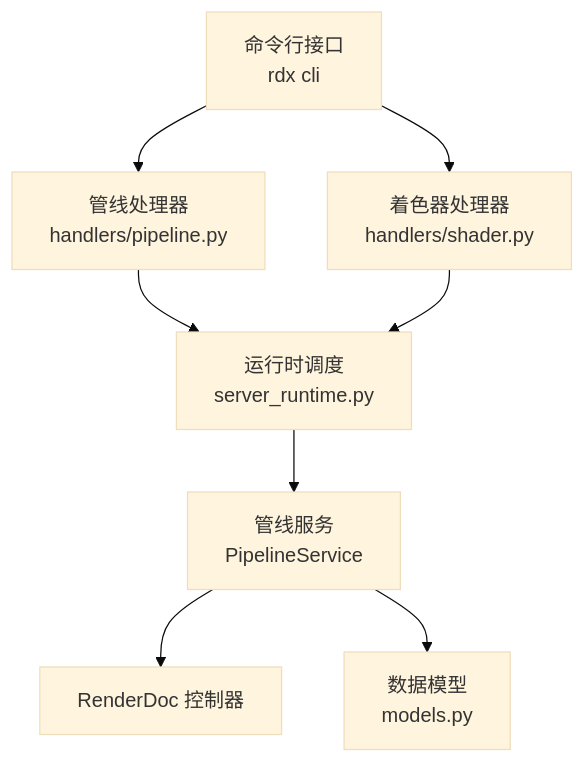
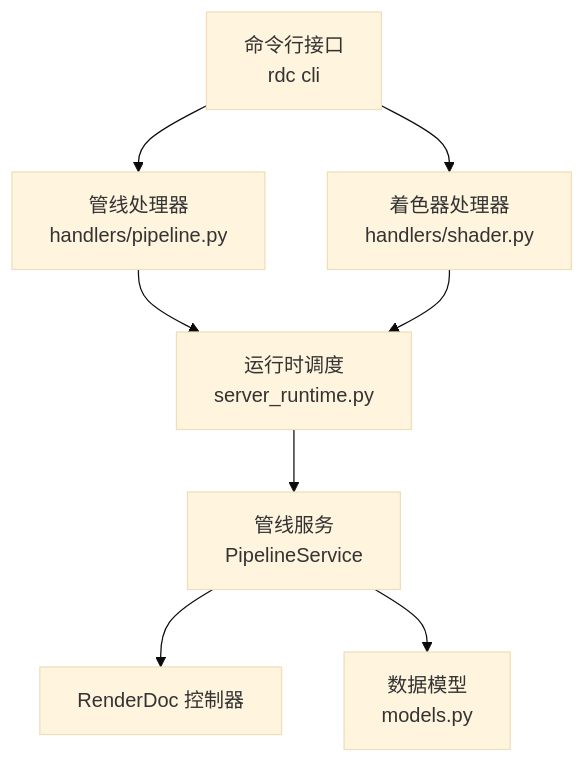
The first of 6 diagrams in .qoder/repowiki/zh/content/处理器模块/管线状态处理器.md (haolange/RDC-Tool), drawn with Mermaid (base theme) before and after one commit. The commit also changed other lines of this file and 388 other files, not shown here.

````diff
--- a/.qoder/repowiki/zh/content/处理器模块/管线状态处理器.md
+++ b/.qoder/repowiki/zh/content/处理器模块/管线状态处理器.md
@@ -41,10 +41,10 @@
 ```mermaid
 graph TB
-CLI["命令行接口<br/>rdx cli"] --> H_P["管线处理器<br/>handlers/pipeline.py"]
+CLI["命令行接口<br/>rdc cli"] --> H_P["管线处理器<br/>handlers/pipeline.py"]
 CLI --> H_S["着色器处理器<br/>handlers/shader.py"]
 H_P --> SR["运行时调度<br/>server_runtime.py"]
 H_S --> SR
 SR --> PS["管线服务<br/>PipelineService"]
 PS --> RD["RenderDoc 控制器"]
 PS --> M["数据模型<br/>models.py"]
 ```
````
